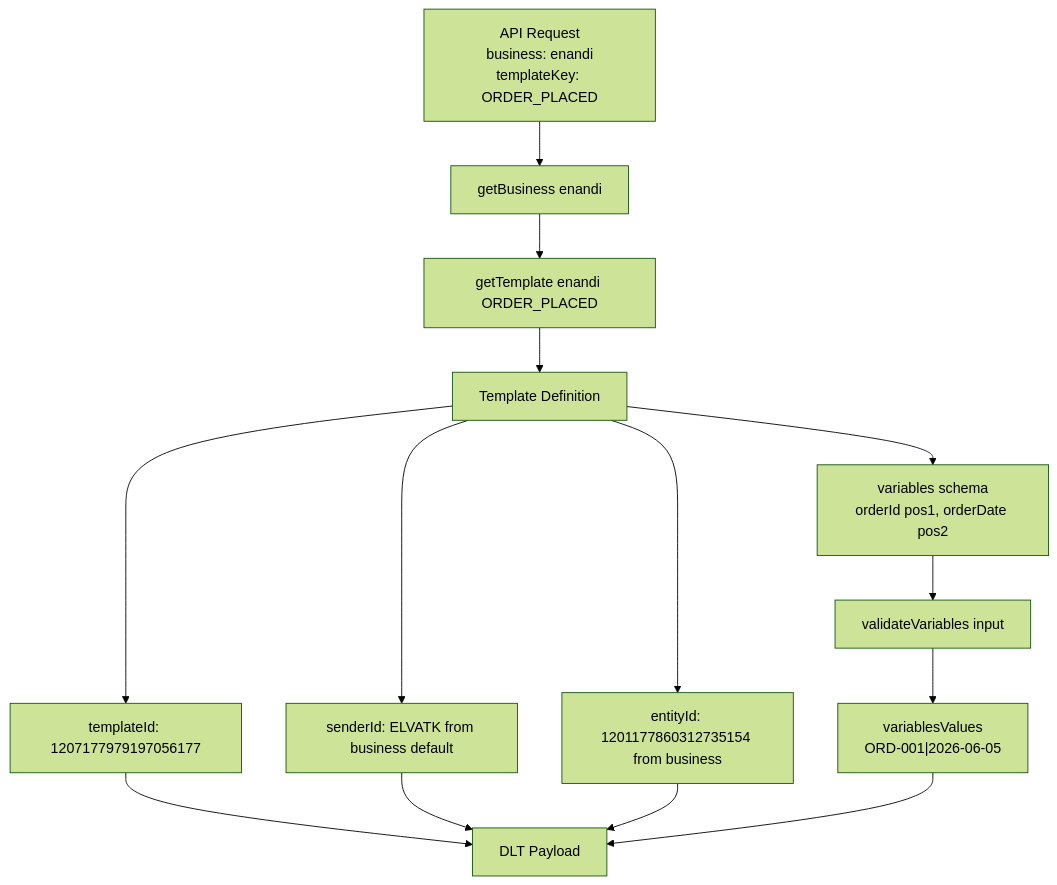
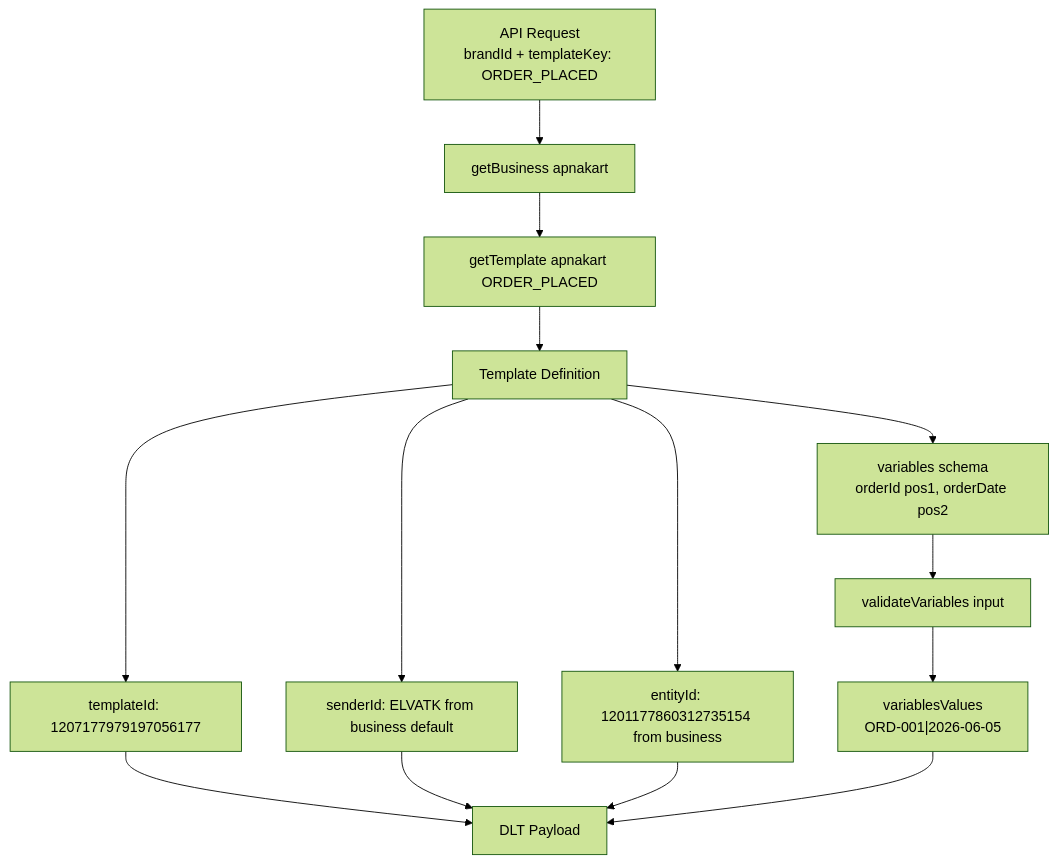
One commit to elva-tech/notify-service changed the second of 3 diagrams in docs/architecture/dlt-layer.md. Above: the diagram before and after it, drawn with Mermaid (forest theme). The commit also changed other lines of this file and 93 other files, not shown here.

Commit message:
modified onboarding flow

````diff
--- a/docs/architecture/dlt-layer.md
+++ b/docs/architecture/dlt-layer.md
@@ -87,16 +87,16 @@
 ```mermaid
 flowchart TD
-    REQ["API Request<br>business: enandi<br>templateKey: ORDER_PLACED"] --> GET_B["getBusiness enandi"]
-    GET_B --> GET_T["getTemplate enandi ORDER_PLACED"]
+    REQ["API Request<br>brandId + templateKey: ORDER_PLACED"] --> GET_B["getBusiness apnakart"]
+    GET_B --> GET_T["getTemplate apnakart ORDER_PLACED"]
     GET_T --> TDEF[Template Definition]
     TDEF --> TID["templateId: 1207177979197056177"]
     TDEF --> SID["senderId: ELVATK from business default"]
     TDEF --> EID["entityId: 1201177860312735154 from business"]
     TDEF --> VARS["variables schema<br>orderId pos1, orderDate pos2"]
     VARS --> VAL[validateVariables input]
     VAL --> PIPE["variablesValues<br>ORD-001|2026-06-05"]
     TID --> PAYLOAD[DLT Payload]
     SID --> PAYLOAD
     EID --> PAYLOAD
     PIPE --> PAYLOAD
 ```
````
